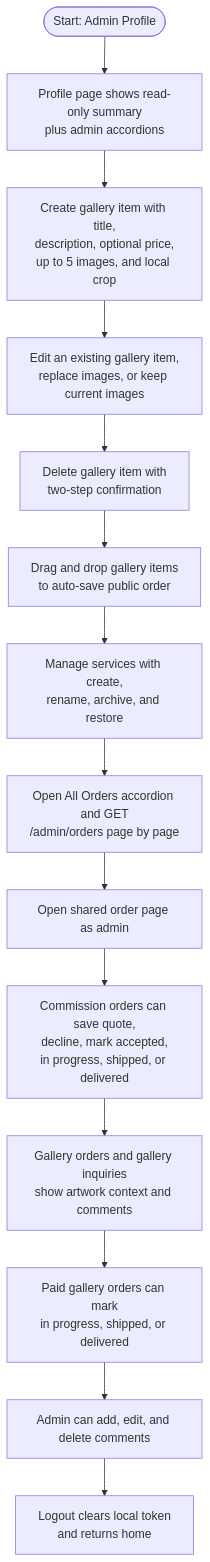
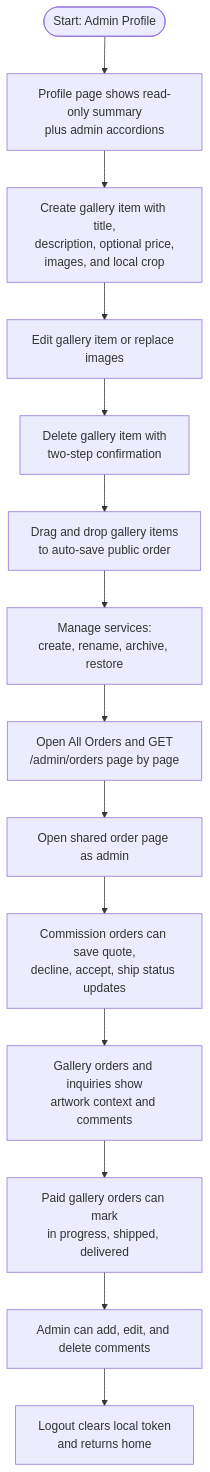
Before and after one commit to david-lytikainen/SAS: the third of 5 diagrams in 0_KC/flowchart.md, drawn with Mermaid. The commit also changed other lines of this file and 7 other files, not shown here.

Commit message:
Fix KC flowchart overflow

````diff
--- a/0_KC/flowchart.md
+++ b/0_KC/flowchart.md
@@ -52,20 +53,20 @@
 ```mermaid
 flowchart TB
   A0([Start: Admin Profile])
   A1["Profile page shows read-only summary<br/>plus admin accordions"]
-  A2["Create gallery item with title,<br/>description, optional price,<br/>up to 5 images, and local crop"]
-  A3["Edit an existing gallery item,<br/>replace images, or keep current images"]
+  A2["Create gallery item with title,<br/>description, optional price,<br/>images, and local crop"]
+  A3["Edit gallery item or replace images"]
   A4["Delete gallery item with<br/>two-step confirmation"]
   A5["Drag and drop gallery items<br/>to auto-save public order"]
-  A6["Manage services with create,<br/>rename, archive, and restore"]
-  A7["Open All Orders accordion and GET<br/>/admin/orders page by page"]
+  A6["Manage services:<br/>create, rename, archive, restore"]
+  A7["Open All Orders and GET<br/>/admin/orders page by page"]
   A8["Open shared order page as admin"]
-  A9["Commission orders can save quote,<br/>decline, mark accepted,<br/>in progress, shipped, or delivered"]
-  A10["Gallery orders and gallery inquiries<br/>show artwork context and comments"]
-  A11["Paid gallery orders can mark<br/>in progress, shipped, or delivered"]
+  A9["Commission orders can save quote,<br/>decline, accept, ship status updates"]
+  A10["Gallery orders and inquiries show<br/>artwork context and comments"]
+  A11["Paid gallery orders can mark<br/>in progress, shipped, delivered"]
   A12["Admin can add, edit, and delete comments"]
   A13["Logout clears local token<br/>and returns home"]
 
   A0 --> A1 --> A2 --> A3 --> A4 --> A5 --> A6 --> A7 --> A8
   A8 --> A9 --> A10 --> A11 --> A12 --> A13
 ```
````
